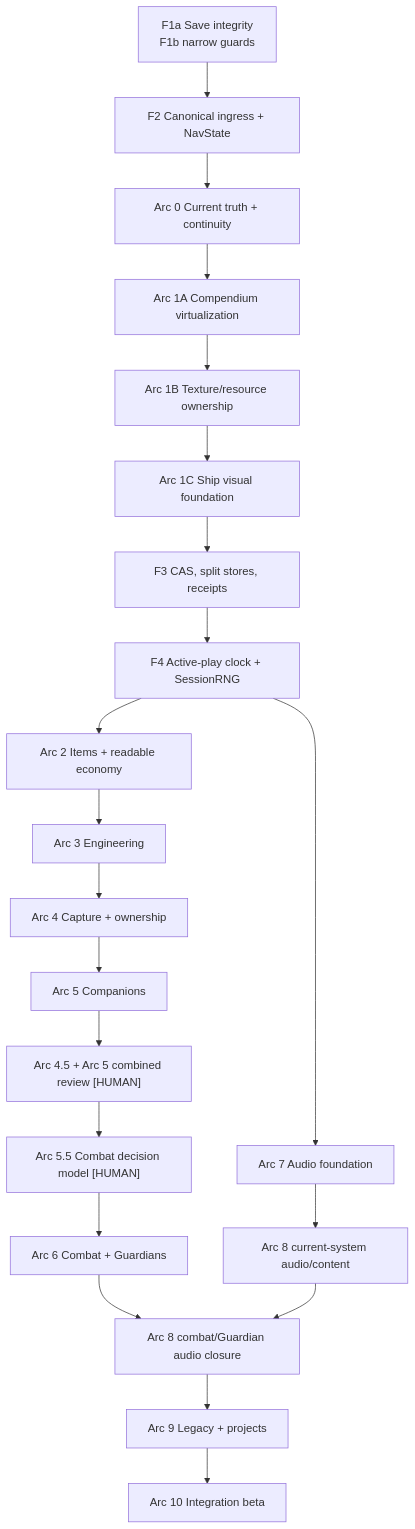
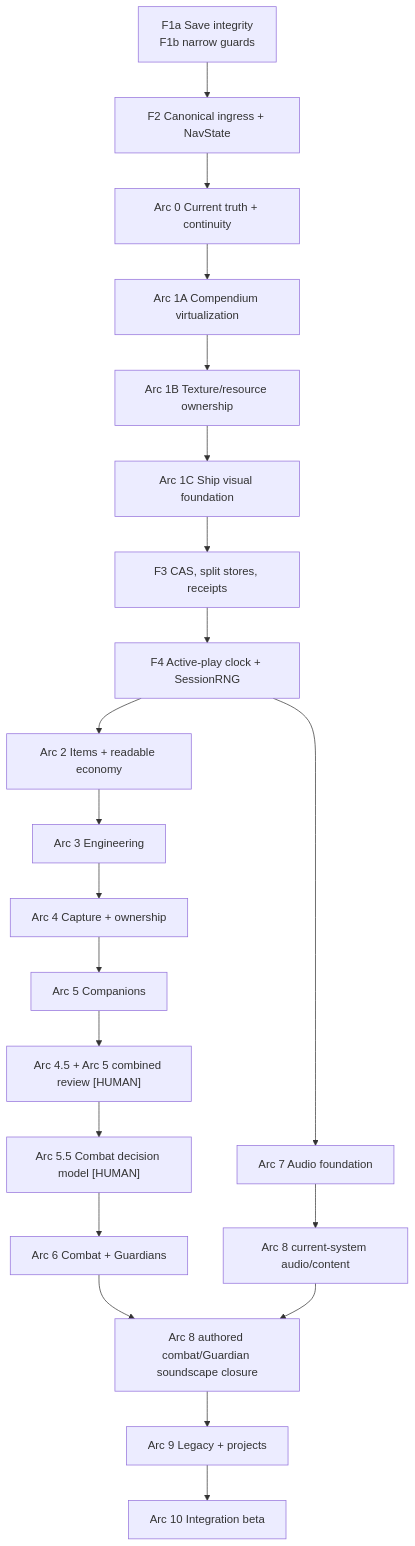
One commit to TheDakk/Celestial-Frontier changed the diagram in port/V2_PROGRAM_ROADMAP.md. Above: the diagram before and after it, drawn with Mermaid. The commit also changed other lines of this file and 73 other files, not shown here.

````diff
--- a/port/V2_PROGRAM_ROADMAP.md
+++ b/port/V2_PROGRAM_ROADMAP.md
@@ -662,23 +682,23 @@
 ```mermaid
 flowchart TD
   F1["F1a Save integrity\nF1b narrow guards"] --> F2["F2 Canonical ingress + NavState"]
   F2 --> A0["Arc 0 Current truth + continuity"]
   A0 --> A1A["Arc 1A Compendium virtualization"]
   A1A --> A1B["Arc 1B Texture/resource ownership"]
   A1B --> A1C["Arc 1C Ship visual foundation"]
   A1C --> F3["F3 CAS, split stores, receipts"]
   F3 --> F4["F4 Active-play clock + SessionRNG"]
   F4 --> A2["Arc 2 Items + readable economy"]
   F4 --> A7["Arc 7 Audio foundation"]
   A2 --> A3["Arc 3 Engineering"]
   A3 --> A4["Arc 4 Capture + ownership"]
   A4 --> A5["Arc 5 Companions"]
   A5 --> A45["Arc 4.5 + Arc 5 combined review [HUMAN]"]
   A7 --> A8Core["Arc 8 current-system audio/content"]
   A45 --> A55["Arc 5.5 Combat decision model [HUMAN]"]
   A55 --> A6["Arc 6 Combat + Guardians"]
-  A6 --> A8Combat["Arc 8 combat/Guardian audio closure"]
+  A6 --> A8Combat["Arc 8 authored combat/Guardian soundscape closure"]
   A8Core --> A8Combat
   A8Combat --> A9["Arc 9 Legacy + projects"]
   A9 --> A10["Arc 10 Integration beta"]
 ```
````
